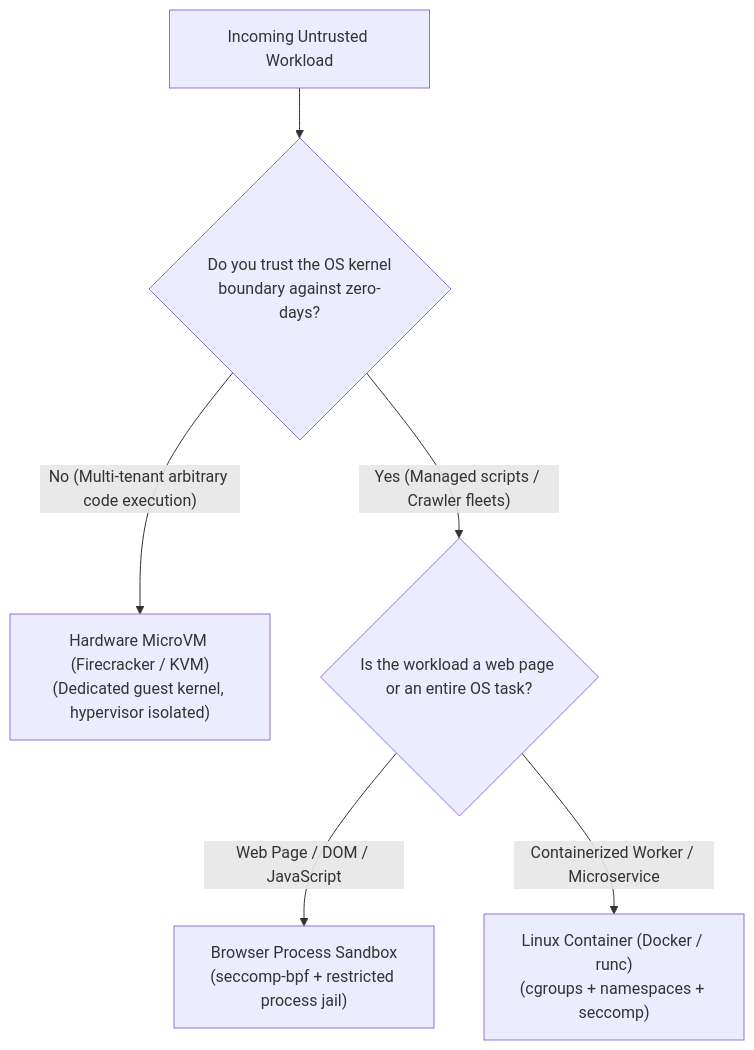
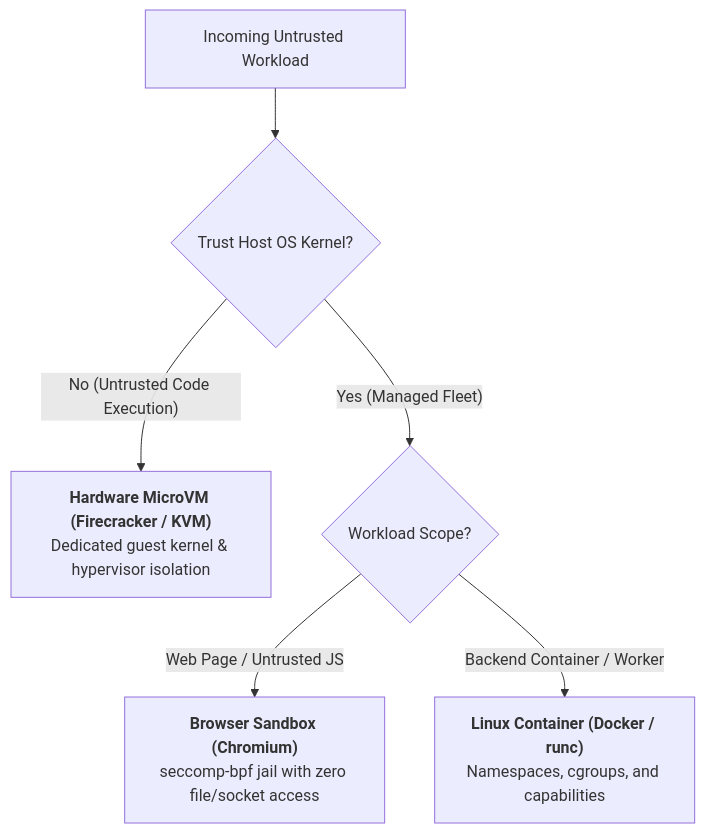
Before and after one commit to naimurhasan/naimurhasan.github.io: the first of 4 diagrams in _posts/2026-11-17-browser-sandbox-vs-container-vs-virtual-machine.md, drawn with Mermaid. The commit also changed other lines of this file and 28 other files, not shown here.

Commit message:
fix(blog): refactor all Mermaid diagrams to vertical legible layouts and restore in-body illustrations

````diff
--- a/_posts/2026-11-17-browser-sandbox-vs-container-vs-virtual-machine.md
+++ b/_posts/2026-11-17-browser-sandbox-vs-container-vs-virtual-machine.md
@@ -25,8 +25,8 @@
 ```mermaid
-graph TD
-  Start["Incoming Untrusted Workload"] --> Trust{"Do you trust the OS kernel<br/>boundary against zero-days?"}
-  Trust -- "No (Multi-tenant arbitrary code execution)" --> VM["Hardware MicroVM (Firecracker / KVM)<br/>(Dedicated guest kernel, hypervisor isolated)"]
-  Trust -- "Yes (Managed scripts / Crawler fleets)" --> WorkloadType{"Is the workload a web page or an entire OS task?"}
-  WorkloadType -- "Web Page / DOM / JavaScript" --> Sandbox["Browser Process Sandbox<br/>(seccomp-bpf + restricted process jail)"]
-  WorkloadType -- "Containerized Worker / Microservice" --> Container["Linux Container (Docker / runc)<br/>(cgroups + namespaces + seccomp)"]
+flowchart TD
+  Start["Incoming Untrusted Workload"] --> Trust{"Trust Host OS Kernel?"}
+  Trust -- "No (Untrusted Code Execution)" --> VM["<b>Hardware MicroVM (Firecracker / KVM)</b><br/>Dedicated guest kernel & hypervisor isolation"]
+  Trust -- "Yes (Managed Fleet)" --> Scope{"Workload Scope?"}
+  Scope -- "Web Page / Untrusted JS" --> Sandbox["<b>Browser Sandbox (Chromium)</b><br/>seccomp-bpf jail with zero file/socket access"]
+  Scope -- "Backend Container / Worker" --> Container["<b>Linux Container (Docker / runc)</b><br/>Namespaces, cgroups, and capabilities"]
 ```
````
